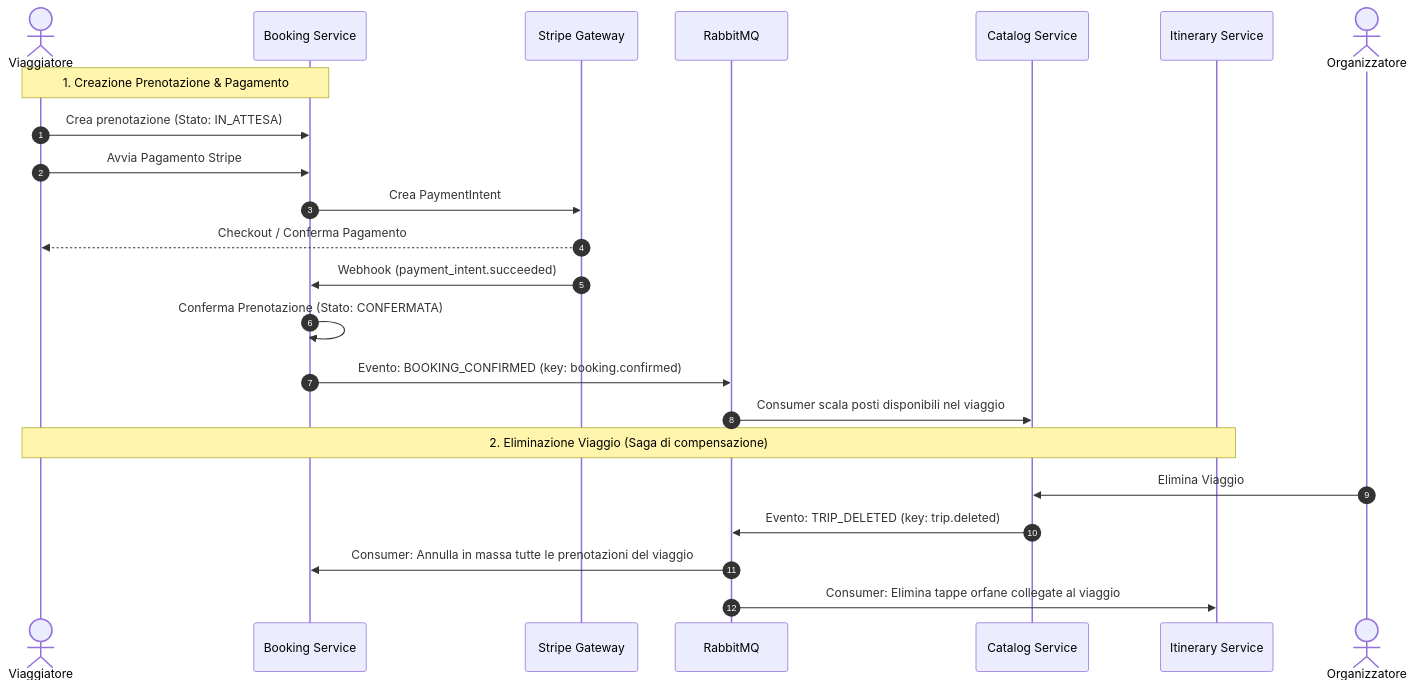
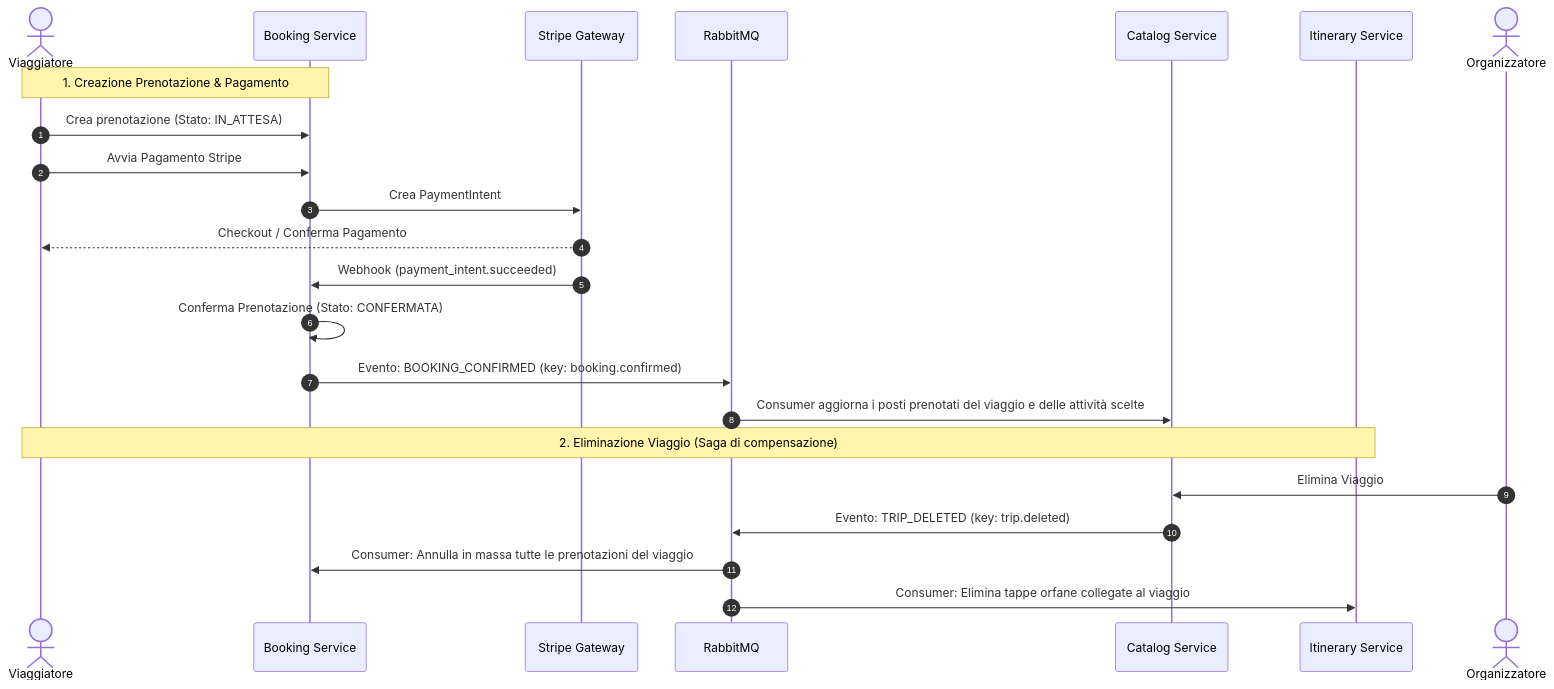
One commit to aletave/tripFlow_app changed the second of 2 diagrams in README.md. Above: the diagram before and after it, drawn with Mermaid. The commit also changed other lines of this file, not shown here.

````diff
--- a/README.md
+++ b/README.md
@@ -109,27 +118,27 @@
 ```mermaid
 sequenceDiagram
     autonumber
     actor Viaggiatore
     participant Booking as Booking Service
     participant Stripe as Stripe Gateway
     participant Rabbit as RabbitMQ
     participant Catalog as Catalog Service
     participant Itinerary as Itinerary Service
 
     Note over Viaggiatore,Booking: 1. Creazione Prenotazione & Pagamento
     Viaggiatore->>Booking: Crea prenotazione (Stato: IN_ATTESA)
     Viaggiatore->>Booking: Avvia Pagamento Stripe
     Booking->>Stripe: Crea PaymentIntent
     Stripe-->>Viaggiatore: Checkout / Conferma Pagamento
     Stripe->>Booking: Webhook (payment_intent.succeeded)
     Booking->>Booking: Conferma Prenotazione (Stato: CONFERMATA)
     Booking->>Rabbit: Evento: BOOKING_CONFIRMED (key: booking.confirmed)
-    Rabbit->>Catalog: Consumer scala posti disponibili nel viaggio
+    Rabbit->>Catalog: Consumer aggiorna i posti prenotati del viaggio e delle attività scelte
 
     Note over Viaggiatore,Itinerary: 2. Eliminazione Viaggio (Saga di compensazione)
     actor Organizzatore
     Organizzatore->>Catalog: Elimina Viaggio
     Catalog->>Rabbit: Evento: TRIP_DELETED (key: trip.deleted)
     Rabbit->>Booking: Consumer: Annulla in massa tutte le prenotazioni del viaggio
     Rabbit->>Itinerary: Consumer: Elimina tappe orfane collegate al viaggio
 ```
````
